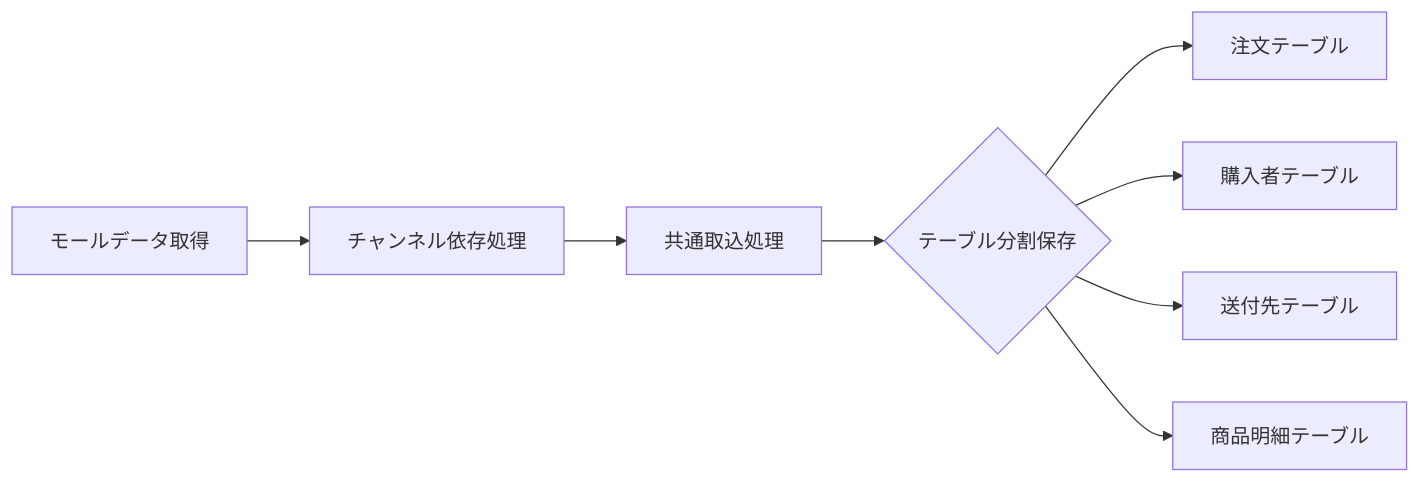
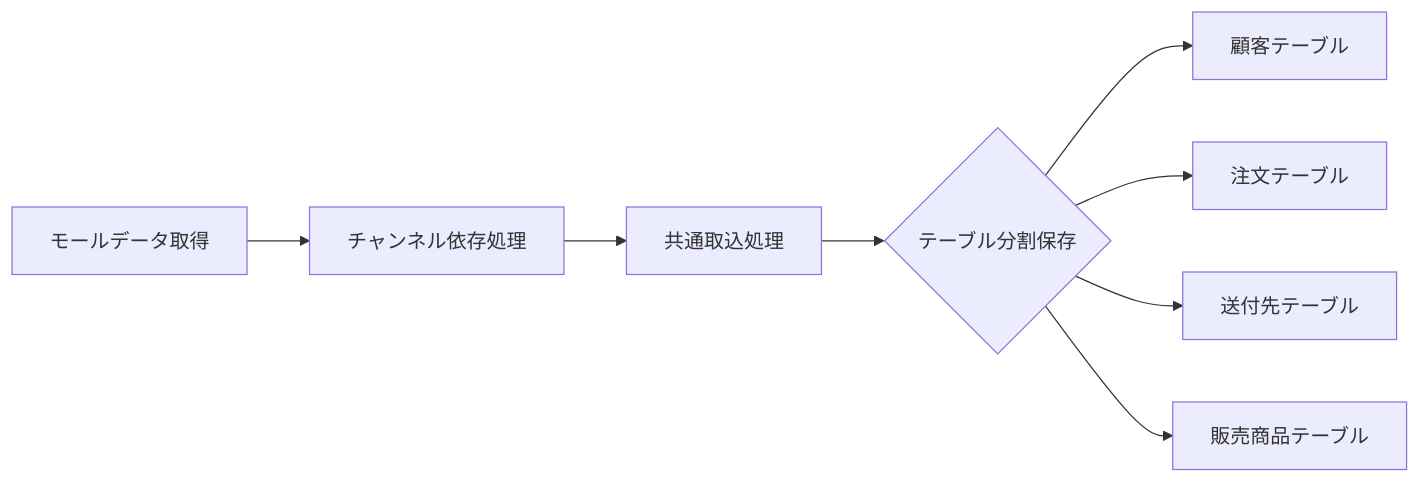
The diagram in README.md (Rnsystem/filemaker-order-core), drawn with Mermaid before and after one commit. The commit also changed other lines of this file, not shown here.

````diff
--- a/README.md
+++ b/README.md
@@ -67,10 +67,10 @@
 ```mermaid
 flowchart LR
     A[モールデータ取得] --> B[チャンネル依存処理]
     B --> C[共通取込処理]
     C --> D{テーブル分割保存}
-    D --> E[注文テーブル]
-    D --> F[購入者テーブル]
+    D --> E[顧客テーブル]
+    D --> F[注文テーブル]
     D --> G[送付先テーブル]
-    D --> H[商品明細テーブル]
+    D --> H[販売商品テーブル]
 ```
````
